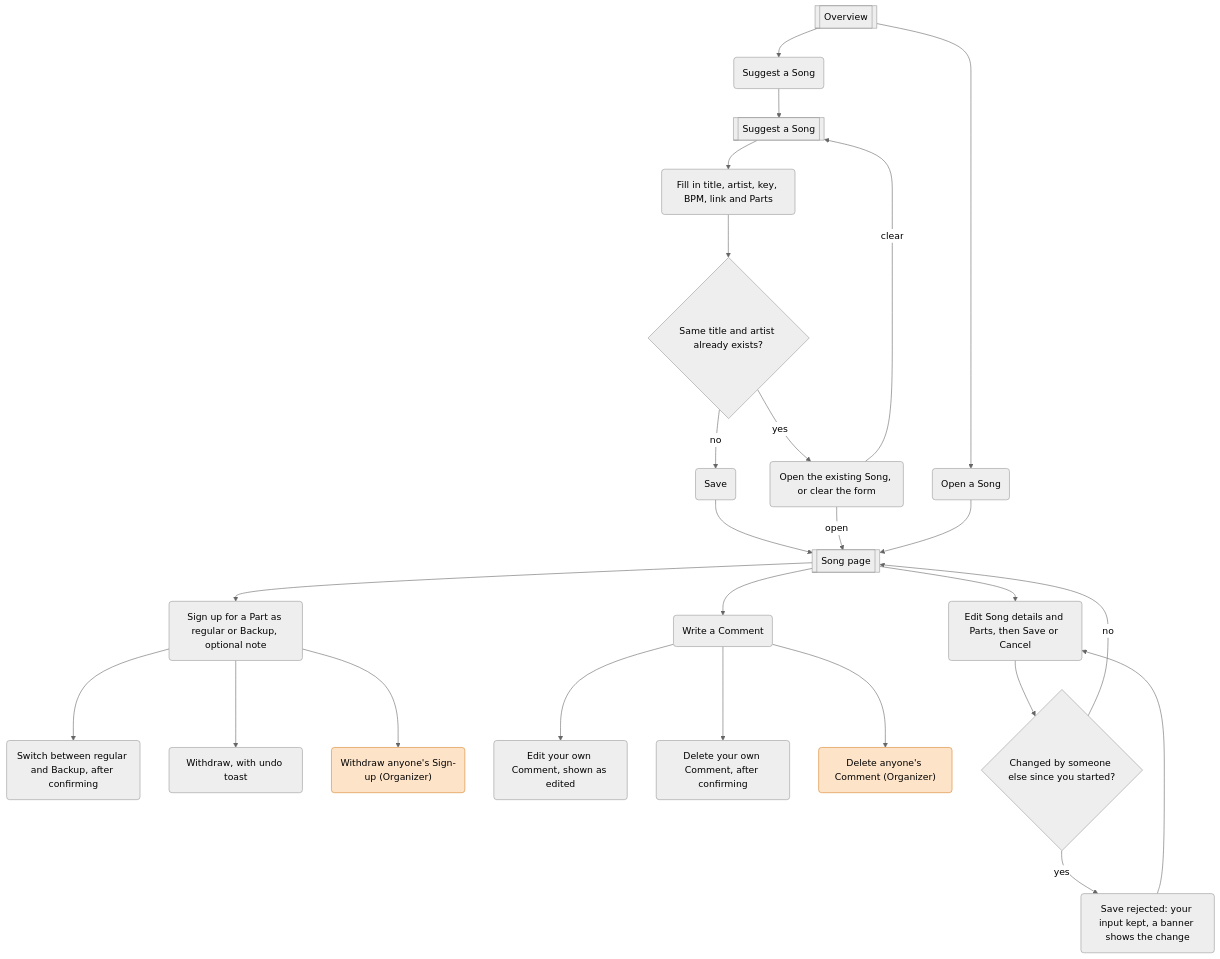
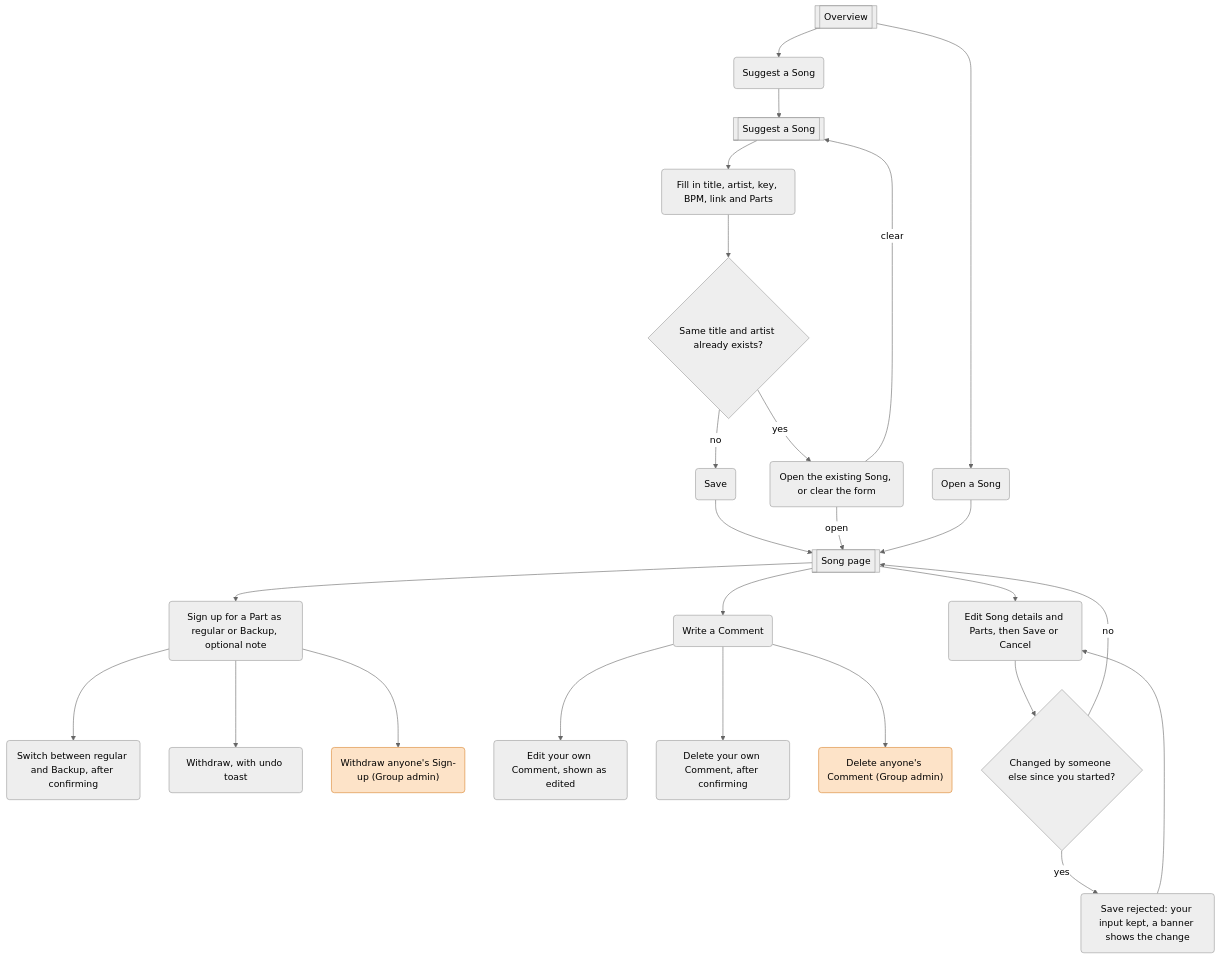
The third of 6 diagrams in docs/product/journeys.md (fekko-dev/musialize), drawn with Mermaid (neutral theme) before and after one commit. The commit also changed other lines of this file and 8 other files, not shown here.

First line of the commit message:
docs: rename Organizer to Group admin and Admin to Super admin

````diff
--- a/docs/product/journeys.md
+++ b/docs/product/journeys.md
@@ -48,30 +48,30 @@
 ```mermaid
 flowchart TD
     O[[Overview]] --> N0(Suggest a Song)
     O --> P0(Open a Song)
     N0 --> N[[Suggest a Song]]
     N --> N1(Fill in title, artist, key, BPM, link and Parts)
     N1 --> DC{Same title and artist already exists?}
     DC -- yes --> DX(Open the existing Song, or clear the form)
     DX -- clear --> N
     DC -- no --> SV(Save)
     SV --> P[[Song page]]
     DX -- open --> P
     P0 --> P
 
     P --> SU("Sign up for a Part as regular or Backup, optional note")
     SU --> SR(Switch between regular and Backup, after confirming)
     SU --> W(Withdraw, with undo toast)
-    SU --> WO("Withdraw anyone's Sign-up (Organizer)"):::org
+    SU --> WO("Withdraw anyone's Sign-up (Group admin)"):::org
     P --> CM(Write a Comment)
     CM --> CE(Edit your own Comment, shown as edited)
     CM --> CD(Delete your own Comment, after confirming)
-    CM --> CA("Delete anyone's Comment (Organizer)"):::org
+    CM --> CA("Delete anyone's Comment (Group admin)"):::org
     P --> ED(Edit Song details and Parts, then Save or Cancel)
     ED --> CF{Changed by someone else since you started?}
     CF -- no --> P
     CF -- yes --> RJ(Save rejected: your input kept, a banner shows the change)
     RJ --> ED
 
     classDef org fill:#fde3c8,stroke:#d9822b,color:#000
 ```
````
